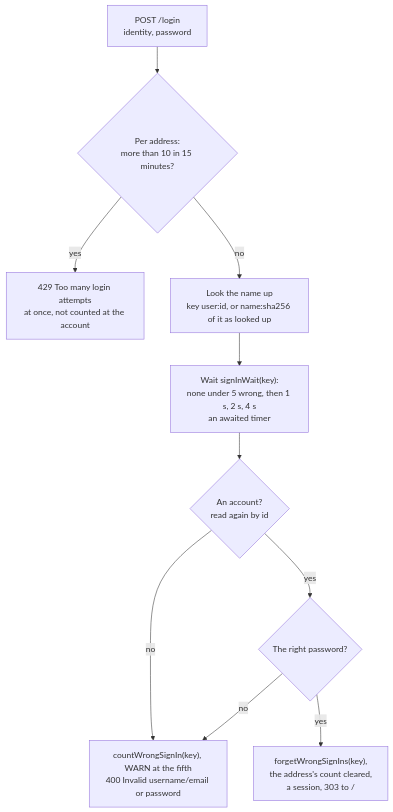
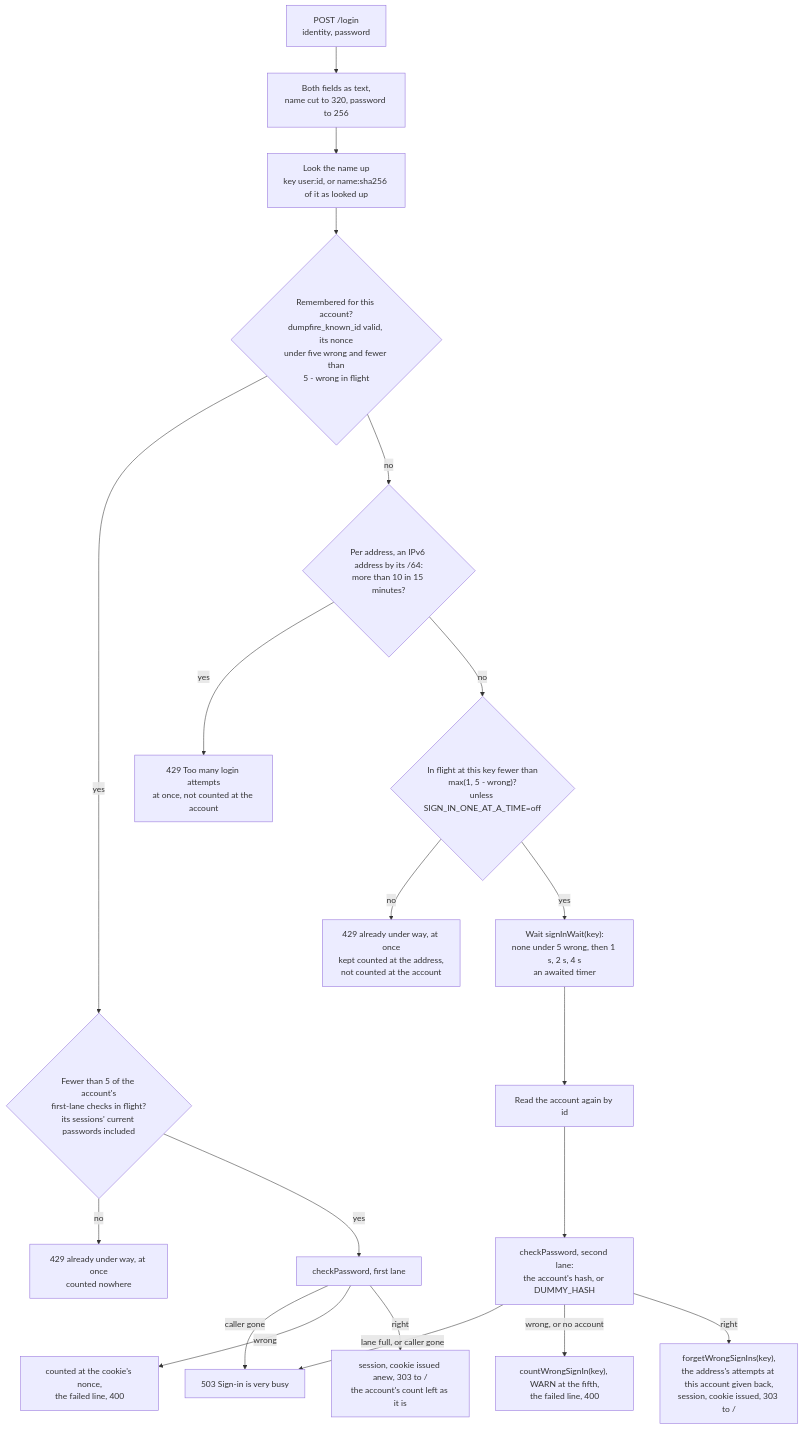
Before and after one commit to gitBoon/DumpFire: the seventh of 21 diagrams in docs/authentication-security.md, drawn with Mermaid. The commit also changed other lines of this file and 39 other files, not shown here.

````diff
--- a/docs/authentication-security.md
+++ b/docs/authentication-security.md
@@ -476,12 +719,22 @@
 ```mermaid
 flowchart TD
-    Post["POST /login<br/>identity, password"] --> Addr{"Per address:<br/>more than 10 in 15 minutes?"}
-    Addr -->|"yes"| Refuse["429 Too many login attempts<br/>at once, not counted at the account"]
-    Addr -->|"no"| Look["Look the name up<br/>key user:id, or name:sha256 of it as looked up"]
-    Look --> Wait["Wait signInWait(key):<br/>none under 5 wrong, then 1 s, 2 s, 4 s<br/>an awaited timer"]
-    Wait --> Known{"An account?<br/>read again by id"}
-    Known -->|"no"| Wrong["countWrongSignIn(key), WARN at the fifth<br/>400 Invalid username/email or password"]
-    Known -->|"yes"| Check{"The right password?"}
-    Check -->|"no"| Wrong
-    Check -->|"yes"| Ok["forgetWrongSignIns(key),<br/>the address's count cleared,<br/>a session, 303 to /"]
+    Post["POST /login<br/>identity, password"] --> Read["Both fields as text,<br/>name cut to 320, password to 256"]
+    Read --> Look["Look the name up<br/>key user:id, or name:sha256 of it as looked up"]
+    Look --> Known{"Remembered for this account?<br/>dumpfire_known_id valid, its nonce<br/>under five wrong and fewer than<br/>5 - wrong in flight"}
+    Known -->|"yes"| Place{"Fewer than 5 of the account's<br/>first-lane checks in flight?<br/>its sessions' current passwords included"}
+    Place -->|"no"| R429c["429 already under way, at once<br/>counted nowhere"]
+    Place -->|"yes"| CheckK["checkPassword, first lane"]
+    Known -->|"no"| Addr{"Per address, an IPv6 address by its /64:<br/>more than 10 in 15 minutes?"}
+    Addr -->|"yes"| R429a["429 Too many login attempts<br/>at once, not counted at the account"]
+    Addr -->|"no"| Slot{"In flight at this key fewer than<br/>max(1, 5 - wrong)?<br/>unless SIGN_IN_ONE_AT_A_TIME=off"}
+    Slot -->|"no"| R429b["429 already under way, at once<br/>kept counted at the address,<br/>not counted at the account"]
+    Slot -->|"yes"| Wait["Wait signInWait(key):<br/>none under 5 wrong, then 1 s, 2 s, 4 s<br/>an awaited timer"]
+    Wait --> Again["Read the account again by id"]
+    Again --> CheckO["checkPassword, second lane:<br/>the account's hash, or DUMMY_HASH"]
+    CheckO -->|"lane full, or caller gone"| R503["503 Sign-in is very busy"]
+    CheckK -->|"caller gone"| R503
+    CheckK -->|"wrong"| WrongK["counted at the cookie's nonce,<br/>the failed line, 400"]
+    CheckK -->|"right"| OkK["session, cookie issued anew, 303 to /<br/>the account's count left as it is"]
+    CheckO -->|"wrong, or no account"| WrongO["countWrongSignIn(key), WARN at the fifth,<br/>the failed line, 400"]
+    CheckO -->|"right"| OkO["forgetWrongSignIns(key),<br/>the address's attempts at this account given back,<br/>session, cookie issued, 303 to /"]
 ```
````
